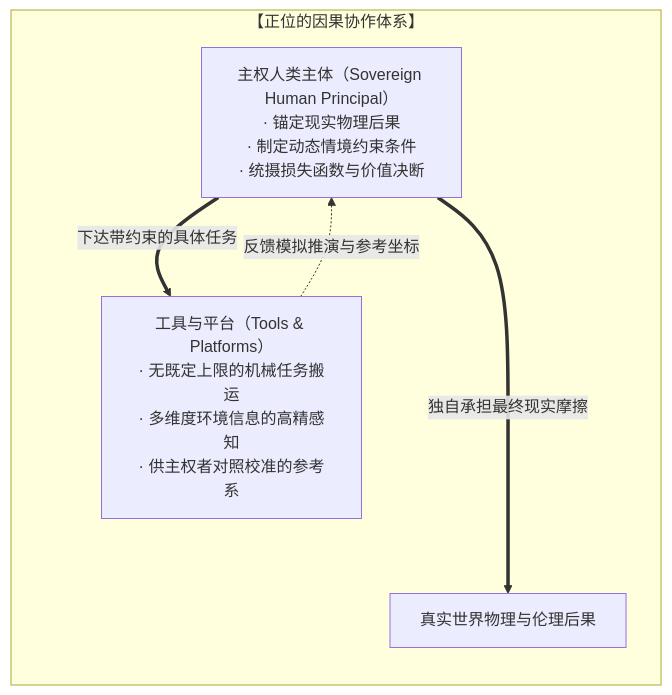
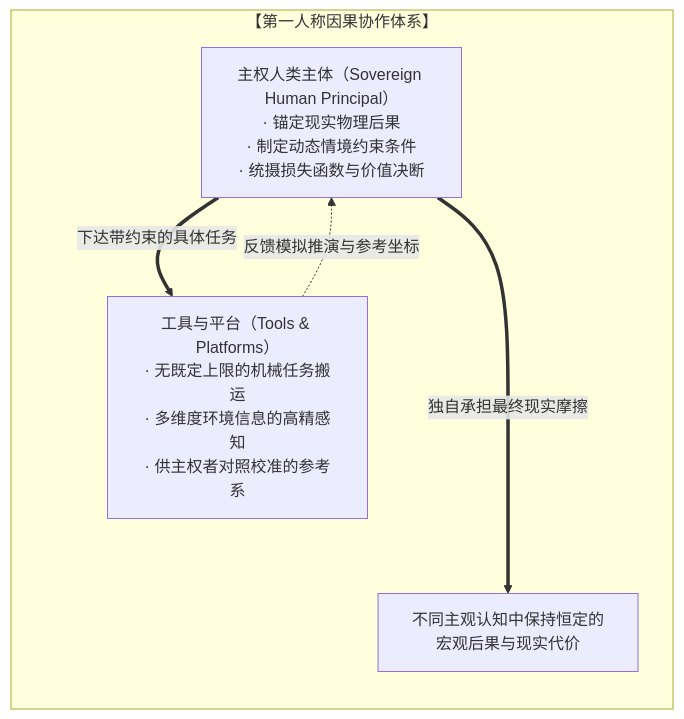
The tenth of 11 diagrams in content/posts/the-delegation-of-the-task-and-the-inalienability-of-consequences.md (powerpig99/not-a-toe), drawn with Mermaid before and after one commit. The commit also changed other lines of this file and 4 other files, not shown here.

````diff
--- a/content/posts/the-delegation-of-the-task-and-the-inalienability-of-consequences.md
+++ b/content/posts/the-delegation-of-the-task-and-the-inalienability-of-consequences.md
@@ -295,11 +303,11 @@
 ```mermaid
 graph TD
-    subgraph Rightful_Order["【正位的因果协作体系】"]
+    subgraph Causal_Hierarchy["【第一人称因果协作体系】"]
         direction TB
         H["主权人类主体（Sovereign Human Principal）<br/>· 锚定现实物理后果<br/>· 制定动态情境约束条件<br/>· 统摄损失函数与价值决断"]
         T["工具与平台（Tools & Platforms）<br/>· 无既定上限的机械任务搬运<br/>· 多维度环境信息的高精感知<br/>· 供主权者对照校准的参考系"]
         H ==>|"下达带约束的具体任务"| T
         T -.->|"反馈模拟推演与参考坐标"| H
-        H ===>|"独自承担最终现实摩擦"| R["真实世界物理与伦理后果"]
+        H ===>|"独自承担最终现实摩擦"| R["不同主观认知中保持恒定的宏观后果与现实代价"]
     end
 ```
````
